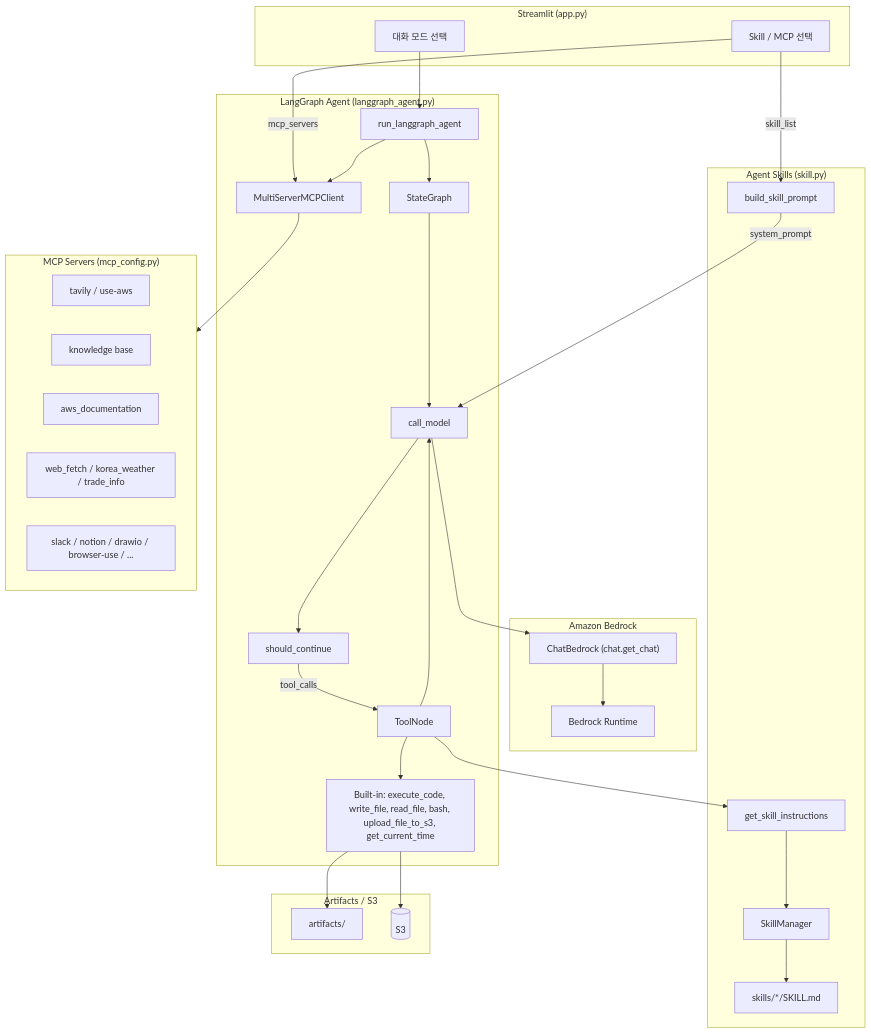
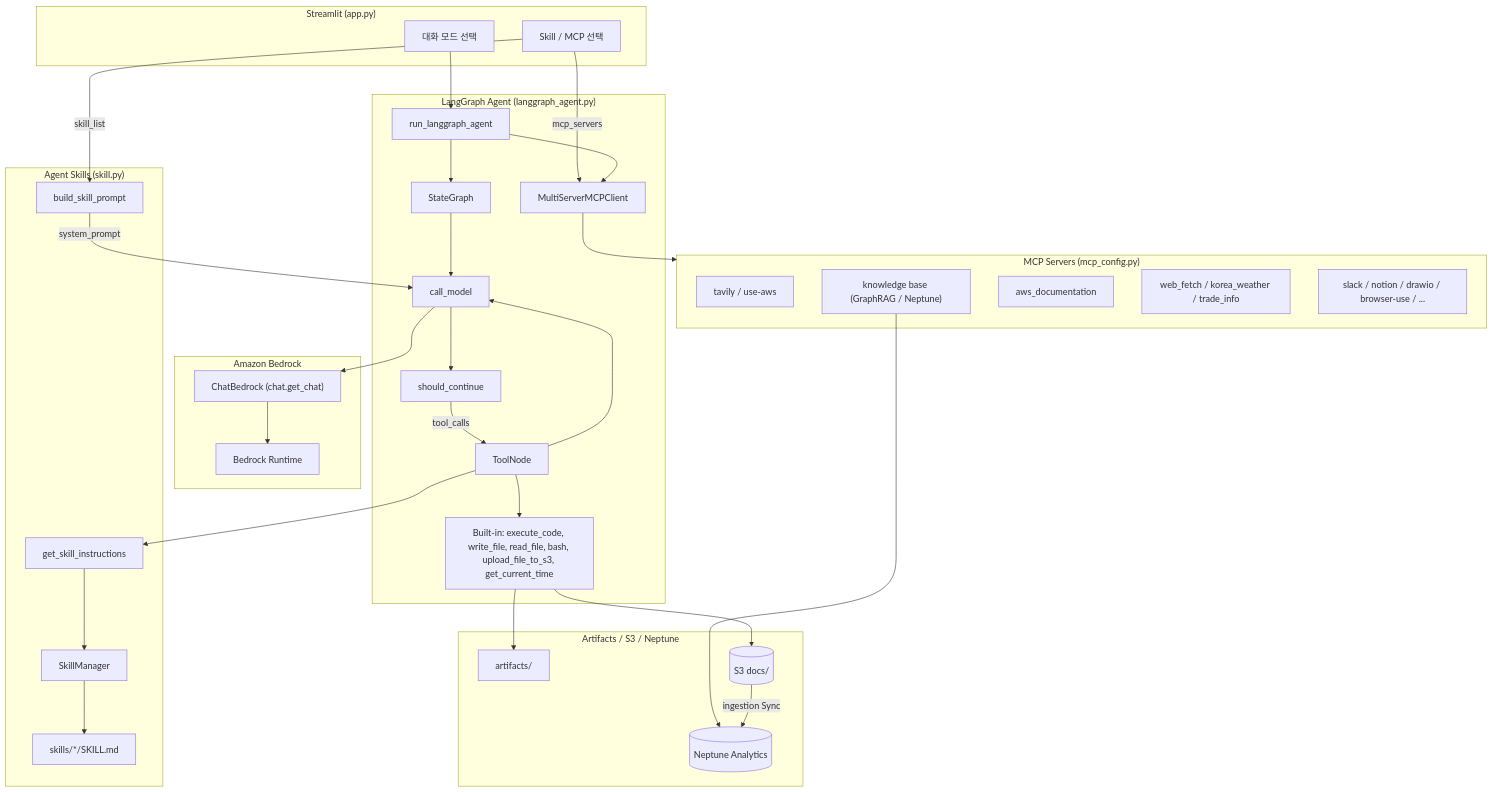
The second of 2 diagrams in README.md (kyopark2014/graph-rag), drawn with Mermaid before and after one commit. The commit also changed other lines of this file and 6 other files, not shown here.

First line of the commit message:
Migrate RAG from OpenSearch to Neptune Analytics GraphRAG.

````diff
--- a/README.md
+++ b/README.md
@@ -14,63 +87,66 @@
 ```mermaid
 flowchart TB
   subgraph UI["Streamlit (app.py)"]
     M[대화 모드 선택]
     SKUI[Skill / MCP 선택]
   end
 
   subgraph LLM["Amazon Bedrock"]
     BR[Bedrock Runtime]
     CB["ChatBedrock (chat.get_chat)"]
   end
 
   subgraph Skills["Agent Skills (skill.py)"]
     SRC["skills/*/SKILL.md"]
     SM[SkillManager]
     BSP[build_skill_prompt]
     GSI[get_skill_instructions]
   end
 
   subgraph LangGraphStack["LangGraph Agent (langgraph_agent.py)"]
     RLA[run_langgraph_agent]
     SG[StateGraph]
     CM[call_model]
     TN[ToolNode]
     SC[should_continue]
     BT["Built-in: execute_code, write_file, read_file, bash, upload_file_to_s3, get_current_time"]
     MCPC[MultiServerMCPClient]
   end
 
   subgraph MCPServers["MCP Servers (mcp_config.py)"]
     T[tavily / use-aws]
-    R[knowledge base]
+    R["knowledge base (GraphRAG / Neptune)"]
     AWS[aws_documentation]
     WF[web_fetch / korea_weather / trade_info]
     OTH[slack / notion / drawio / browser-use / ...]
   end
 
-  subgraph Storage["Artifacts / S3"]
+  subgraph Storage["Artifacts / S3 / Neptune"]
     ART[artifacts/]
-    S3[(S3)]
+    S3[(S3 docs/)]
+    NA[(Neptune Analytics)]
   end
 
   M --> RLA
   SKUI -->|skill_list| BSP
   SKUI -->|mcp_servers| MCPC
 
   RLA --> SG
   SG --> CM
   CM --> SC
   SC -->|tool_calls| TN
   TN --> CM
   CM --> CB
   CB --> BR
   TN --> BT
   TN --> GSI
   RLA --> MCPC
   BSP -->|system_prompt| CM
   GSI --> SM
   SM --> SRC
   MCPC --> MCPServers
+  R --> NA
   BT --> ART
   BT --> S3
+  S3 -->|ingestion Sync| NA
 ```
````
